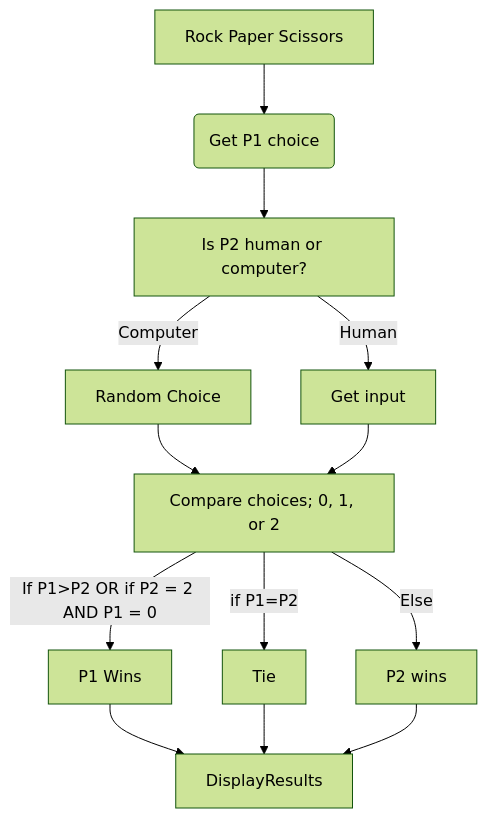
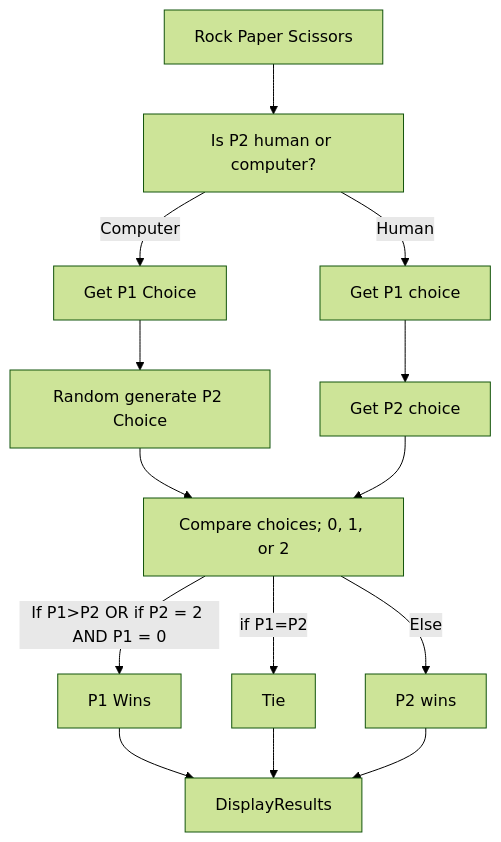
Before and after one commit to ItsaLuigiTime/Itsaluigitime.github.io: the diagram in CSC120FinalV2.md, drawn with Mermaid (forest theme).

Commit message:
Update CSC120FinalV2.md
Edited order of events for flowchart

````diff
--- a/CSC120FinalV2.md
+++ b/CSC120FinalV2.md
@@ -1,18 +1,19 @@
 ```mermaid
 
 flowchart TD
-    A[Rock Paper Scissors] --> B(Get P1 choice)
-    B --> C[Is P2 human or computer?]
-    C--Human -->D[Get input] 
-    C--Computer-->E[Random Choice]
-    E-->F[Compare choices; 0, 1, or 2]
-    D-->F[Compare choices; 0, 1, or 2]
+    A[Rock Paper Scissors] --> B[Is P2 human or computer?]
+    B --Human--> C[Get P1 choice]
+    C --> D[Get P2 choice]
+    B--Computer-->E[Get P1 Choice]
+    E--> F[Random generate P2 Choice] 
+    F-->G[Compare choices; 0, 1, or 2]
+    D-->G[Compare choices; 0, 1, or 2]
     
-    F -- If P1>P2 OR if P2 = 2 AND P1 = 0 -->G[P1 Wins]
-    F -- if P1=P2 -->H[Tie]
-    F -- Else -->I[P2 wins]
-    G --> J[DisplayResults]
-    H --> J
-    I --> J
+    G -- If P1>P2 OR if P2 = 2 AND P1 = 0 -->H[P1 Wins]
+    G -- if P1=P2 -->I[Tie]
+    G -- Else -->J[P2 wins]
+    H --> K[DisplayResults]
+    I --> K
+    J --> K
 
 ```
````
